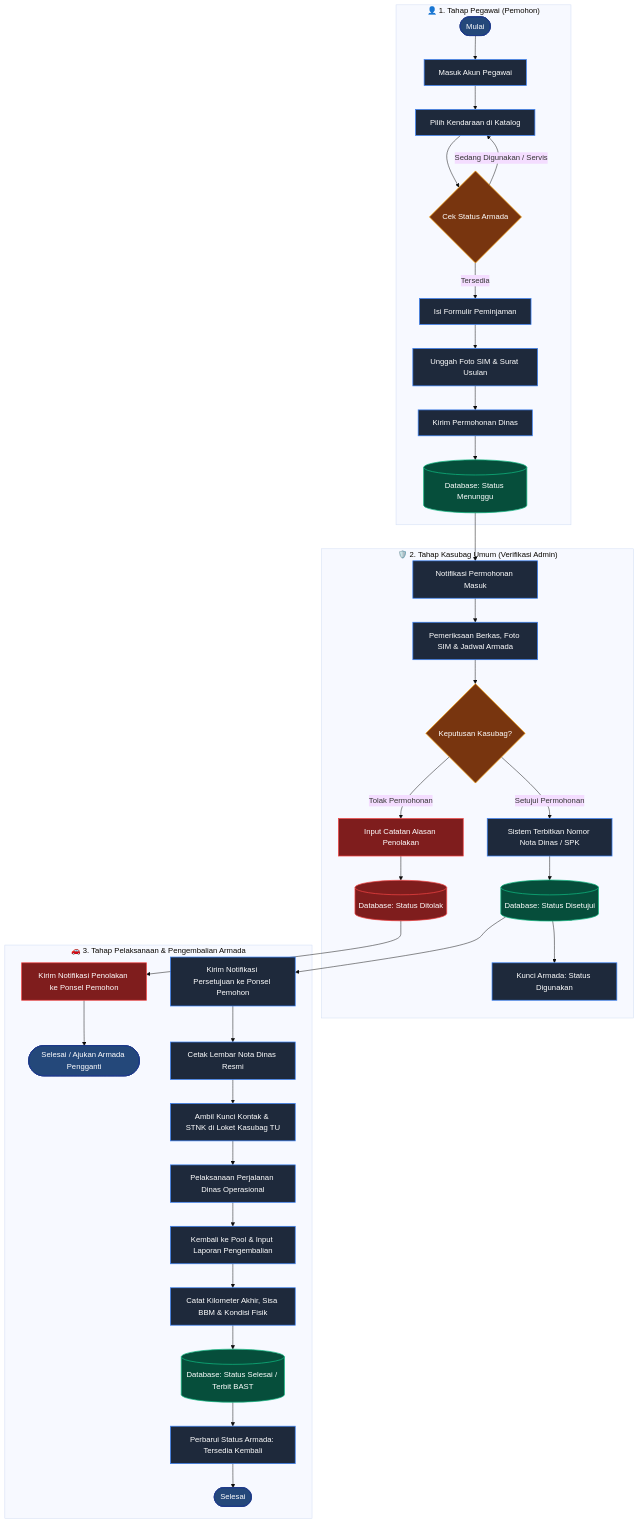
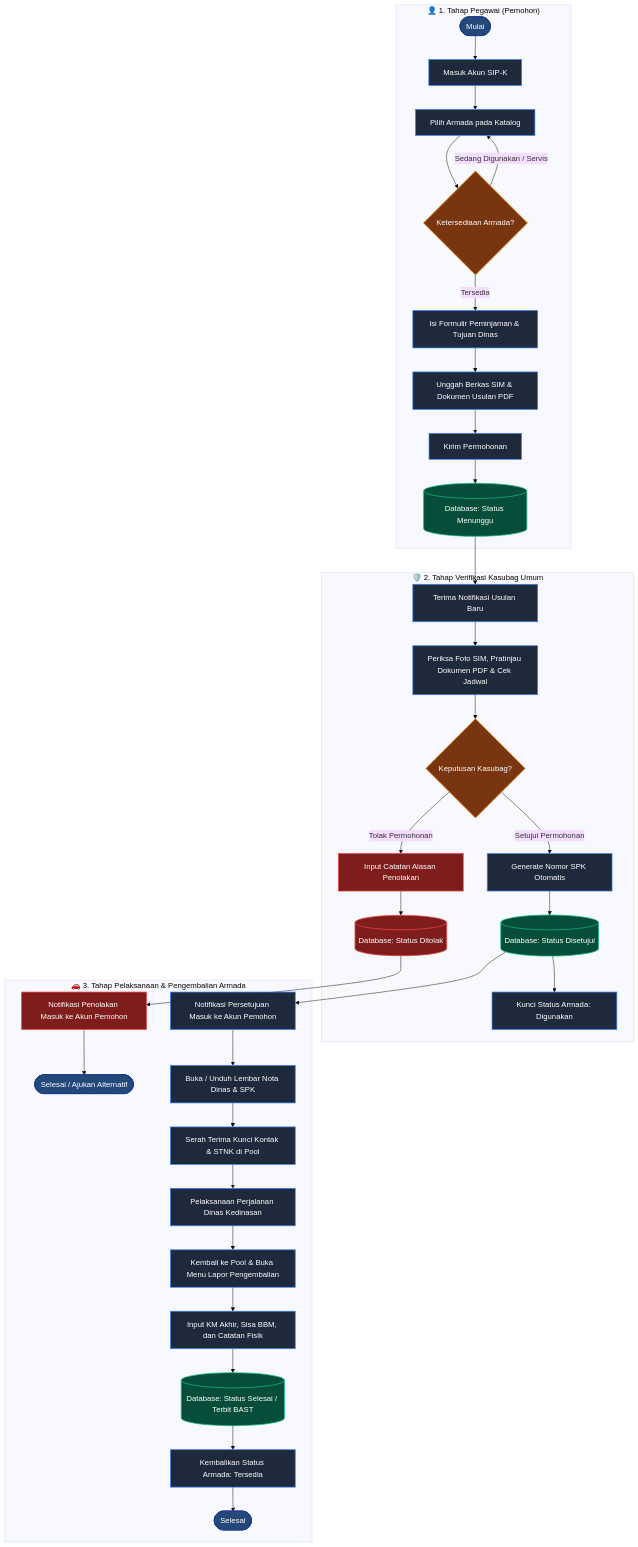
One commit to ahdewa/Sip-k changed the second of 3 diagrams in README.md. Above: the diagram before and after it, drawn with Mermaid (base theme). The commit also changed other lines of this file, not shown here.

Commit message:
docs: perbarui README.md dengan arsitektur performa tinggi, fitur import excel, dual pdf viewer, dan panduan deployment azure vm

````diff
--- a/README.md
+++ b/README.md
@@ -180,50 +227,50 @@
 ```mermaid
 flowchart TD
     subgraph PEMOHON["👤 1. Tahap Pegawai (Pemohon)"]
-        A([Mulai]) --> B[Masuk Akun Pegawai]
-        B --> C[Pilih Kendaraan di Katalog]
-        C --> D{Cek Status Armada}
+        A([Mulai]) --> B[Masuk Akun SIP-K]
+        B --> C[Pilih Armada pada Katalog]
+        C --> D{Ketersediaan Armada?}
         D -- "Sedang Digunakan / Servis" --> C
-        D -- "Tersedia" --> E[Isi Formulir Peminjaman]
-        E --> F[Unggah Foto SIM & Surat Usulan]
-        F --> G[Kirim Permohonan Dinas]
+        D -- "Tersedia" --> E[Isi Formulir Peminjaman & Tujuan Dinas]
+        E --> F[Unggah Berkas SIM & Dokumen Usulan PDF]
+        F --> G[Kirim Permohonan]
         G --> H[(Database: Status Menunggu)]
     end
 
-    subgraph ADMIN["🛡️ 2. Tahap Kasubag Umum (Verifikasi Admin)"]
-        H --> I[Notifikasi Permohonan Masuk]
-        I --> J[Pemeriksaan Berkas, Foto SIM & Jadwal Armada]
+    subgraph ADMIN["🛡️ 2. Tahap Verifikasi Kasubag Umum"]
+        H --> I[Terima Notifikasi Usulan Baru]
+        I --> J[Periksa Foto SIM, Pratinjau Dokumen PDF & Cek Jadwal]
         J --> K{Keputusan Kasubag?}
         K -- "Tolak Permohonan" --> L[Input Catatan Alasan Penolakan]
         L --> M[(Database: Status Ditolak)]
-        K -- "Setujui Permohonan" --> N[Sistem Terbitkan Nomor Nota Dinas / SPK]
+        K -- "Setujui Permohonan" --> N[Generate Nomor SPK Otomatis]
         N --> O[(Database: Status Disetujui)]
-        O --> P[Kunci Armada: Status Digunakan]
+        O --> P[Kunci Status Armada: Digunakan]
     end
 
     subgraph PROSES["🚗 3. Tahap Pelaksanaan & Pengembalian Armada"]
-        M --> Q[Kirim Notifikasi Penolakan ke Ponsel Pemohon]
-        Q --> Z1([Selesai / Ajukan Armada Pengganti])
-        O --> R[Kirim Notifikasi Persetujuan ke Ponsel Pemohon]
-        R --> S[Cetak Lembar Nota Dinas Resmi]
-        S --> T[Ambil Kunci Kontak & STNK di Loket Kasubag TU]
-        T --> U[Pelaksanaan Perjalanan Dinas Operasional]
-        U --> V[Kembali ke Pool & Input Laporan Pengembalian]
-        V --> W[Catat Kilometer Akhir, Sisa BBM & Kondisi Fisik]
+        M --> Q[Notifikasi Penolakan Masuk ke Akun Pemohon]
+        Q --> Z1([Selesai / Ajukan Alternatif])
+        O --> R[Notifikasi Persetujuan Masuk ke Akun Pemohon]
+        R --> S[Buka / Unduh Lembar Nota Dinas & SPK]
+        S --> T[Serah Terima Kunci Kontak & STNK di Pool]
+        T --> U[Pelaksanaan Perjalanan Dinas Kedinasan]
+        U --> V[Kembali ke Pool & Buka Menu Lapor Pengembalian]
+        V --> W[Input KM Akhir, Sisa BBM, dan Catatan Fisik]
         W --> X[(Database: Status Selesai / Terbit BAST)]
-        X --> Y[Perbarui Status Armada: Tersedia Kembali]
+        X --> Y[Kembalikan Status Armada: Tersedia]
         Y --> Z2([Selesai])
     end
 
     classDef startEnd fill:#24487A,stroke:#1E3A8A,stroke-width:2px,color:#fff;
     classDef process fill:#1E293B,stroke:#3B82F6,stroke-width:1.5px,color:#fff;
     classDef decision fill:#78350F,stroke:#F59E0B,stroke-width:1.5px,color:#fff;
     classDef database fill:#064E3B,stroke:#10B981,stroke-width:1.5px,color:#fff;
     classDef reject fill:#7F1D1D,stroke:#EF4444,stroke-width:1.5px,color:#fff;
 
     class A,Z1,Z2 startEnd;
     class B,C,E,F,G,I,J,N,P,R,S,T,U,V,W,Y process;
     class D,K decision;
     class H,O,X database;
     class L,M,Q reject;
 ```
````
